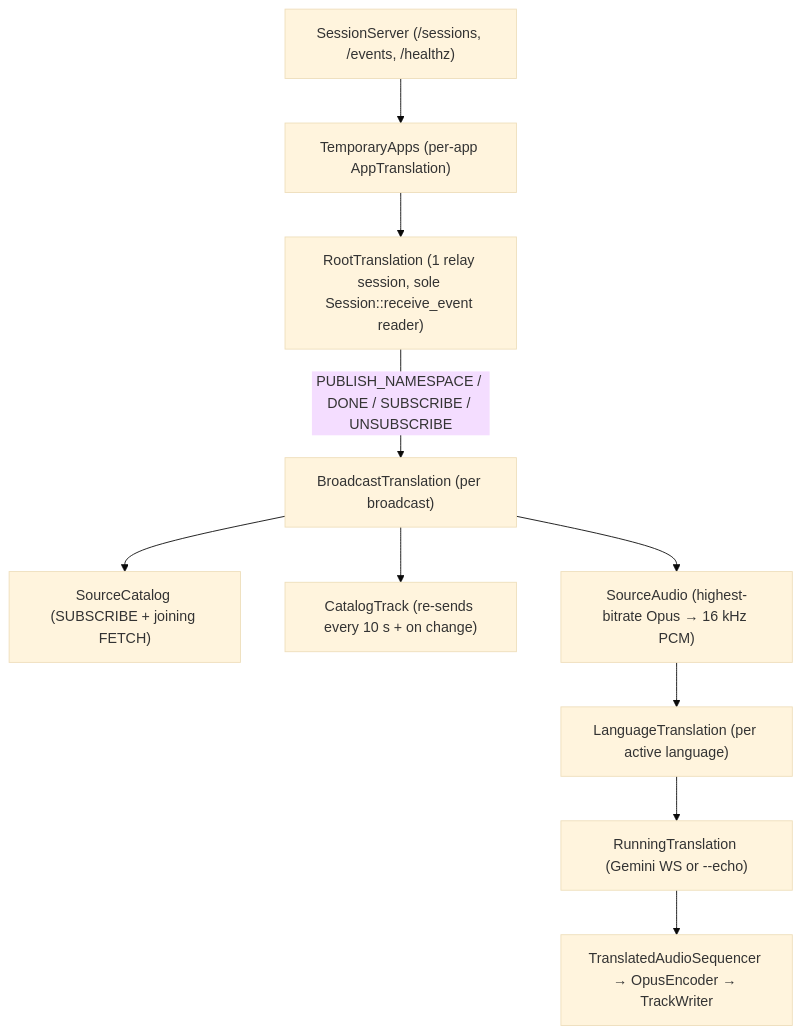
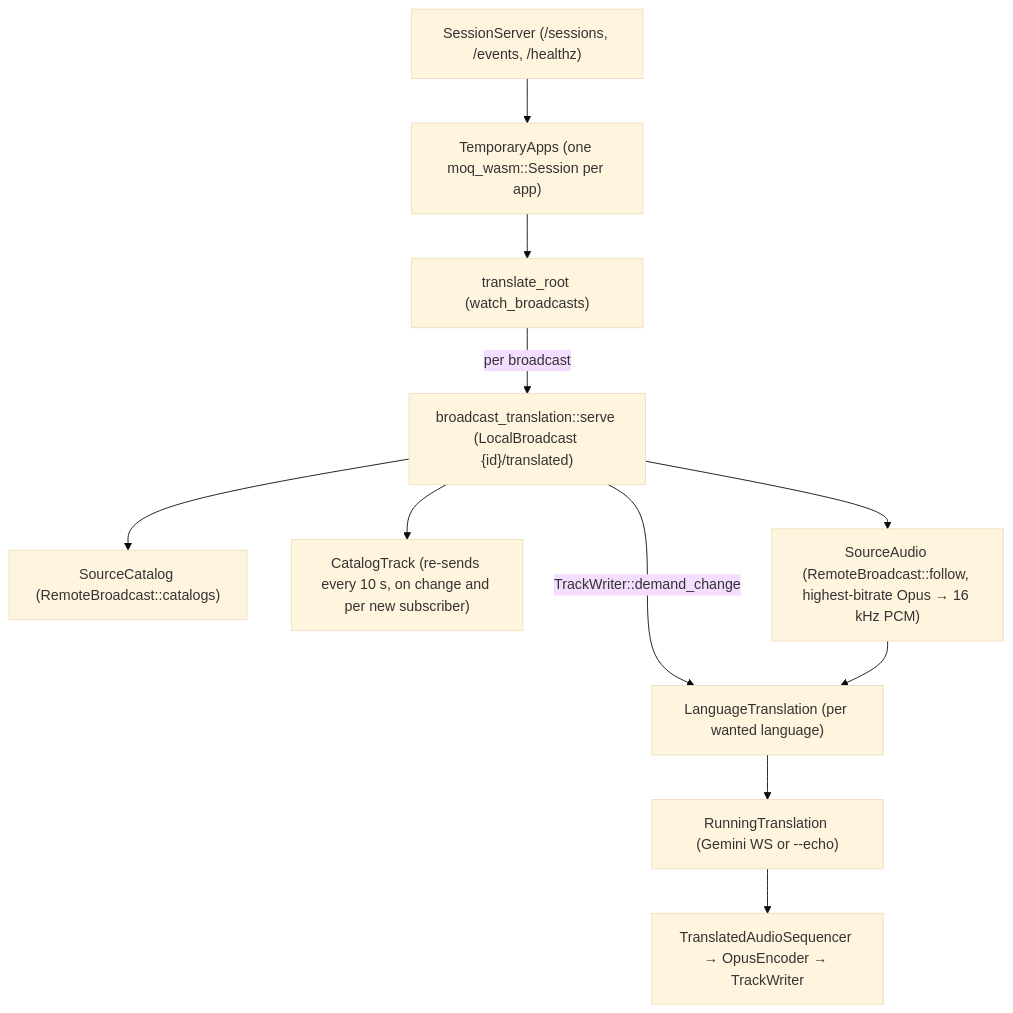
One commit to nttcom/moq-wasm changed the diagram in docs/architecture/live-translate/architecture.md. Above: the diagram before and after it, drawn with Mermaid (base theme). The commit also changed other lines of this file and 23 other files, not shown here.

````diff
--- a/docs/architecture/live-translate/architecture.md
+++ b/docs/architecture/live-translate/architecture.md
@@ -31,12 +31,13 @@
 ```mermaid
 flowchart TB
-    SS["SessionServer (/sessions, /events, /healthz)"] --> TA["TemporaryApps (per-app AppTranslation)"]
-    TA --> RT["RootTranslation (1 relay session, sole Session::receive_event reader)"]
-    RT -->|"PUBLISH_NAMESPACE / DONE / SUBSCRIBE / UNSUBSCRIBE"| BT["BroadcastTranslation (per broadcast)"]
-    BT --> SC["SourceCatalog (SUBSCRIBE + joining FETCH)"]
-    BT --> CP["CatalogTrack (re-sends every 10 s + on change)"]
-    BT --> SA["SourceAudio (highest-bitrate Opus → 16 kHz PCM)"]
-    SA --> LT["LanguageTranslation (per active language)"]
+    SS["SessionServer (/sessions, /events, /healthz)"] --> TA["TemporaryApps (one moq_wasm::Session per app)"]
+    TA --> RT["translate_root (watch_broadcasts)"]
+    RT -->|"per broadcast"| BT["broadcast_translation::serve (LocalBroadcast {id}/translated)"]
+    BT --> SC["SourceCatalog (RemoteBroadcast::catalogs)"]
+    BT --> CP["CatalogTrack (re-sends every 10 s, on change and per new subscriber)"]
+    BT -->|"TrackWriter::demand_change"| LT["LanguageTranslation (per wanted language)"]
+    BT --> SA["SourceAudio (RemoteBroadcast::follow, highest-bitrate Opus → 16 kHz PCM)"]
+    SA --> LT
     LT --> Gem["RunningTranslation (Gemini WS or --echo)"]
     Gem --> Seq["TranslatedAudioSequencer → OpusEncoder → TrackWriter"]
 ```
````
